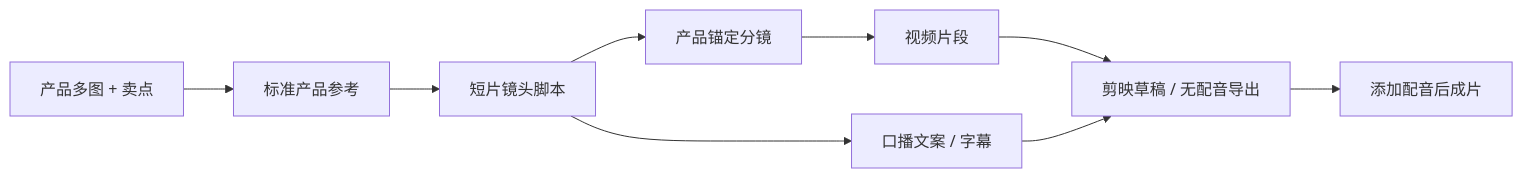
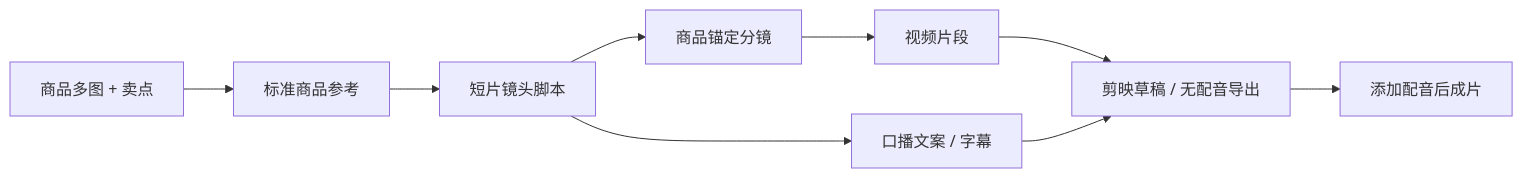
The third of 3 diagrams in website/docs/guide/workflows.md (ArcReel/ArcReel), drawn with Mermaid before and after one commit. The commit also changed other lines of this file and 10 other files, not shown here.

````diff
--- a/website/docs/guide/workflows.md
+++ b/website/docs/guide/workflows.md
@@ -172,11 +172,11 @@
 ```mermaid
 flowchart LR
-    A["产品多图 + 卖点"] --> B["标准产品参考"]
+    A["商品多图 + 卖点"] --> B["标准商品参考"]
     B --> C["短片镜头脚本"]
-    C --> D["产品锚定分镜"]
+    C --> D["商品锚定分镜"]
     D --> E["视频片段"]
     C --> F["口播文案 / 字幕"]
     E --> G["剪映草稿 / 无配音导出"]
     F --> G
     G --> H["添加配音后成片"]
 ```
````
